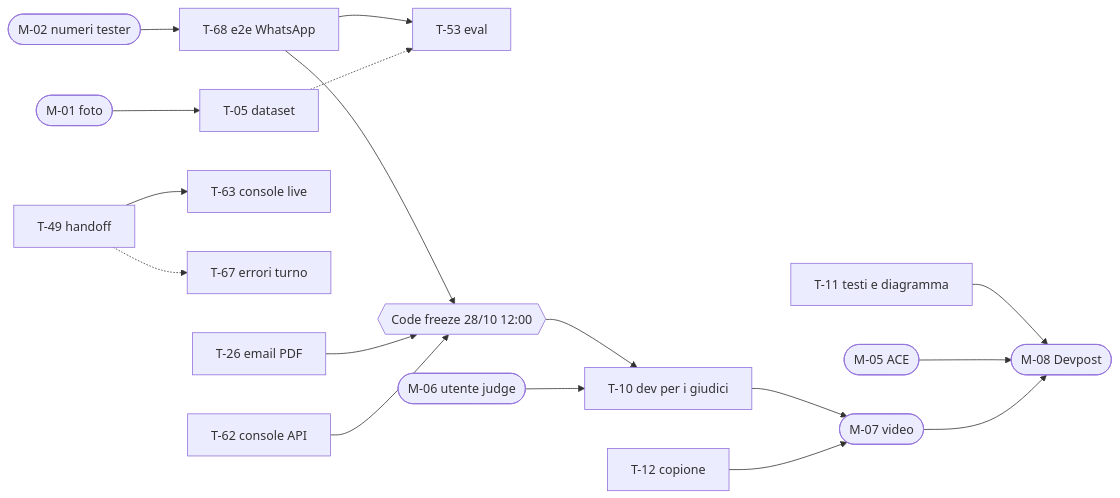
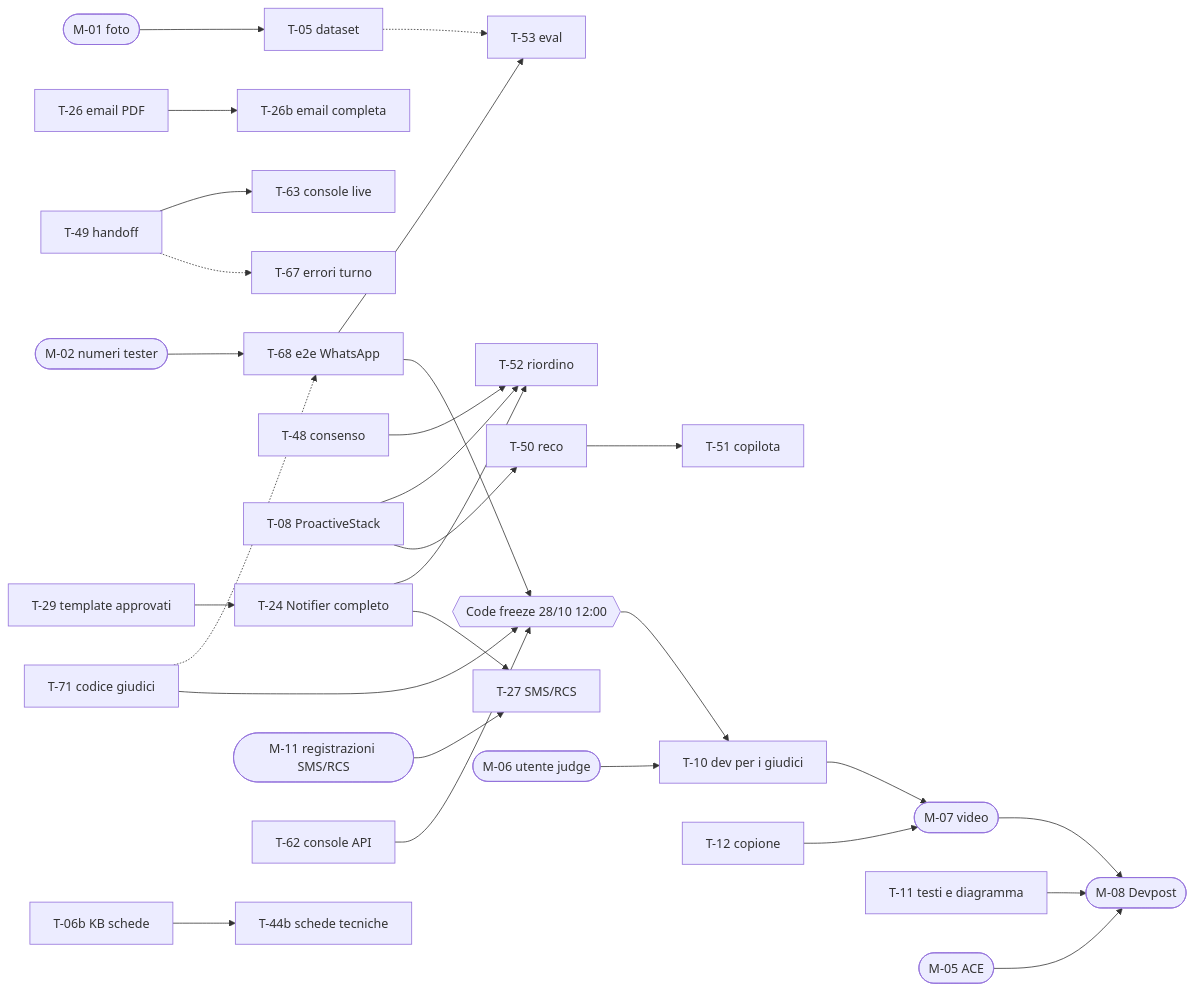
The diagram in START_HERE.md (besharpsrl/aws-cds-hackathon-2026-suppliagent), drawn with Mermaid before and after one commit. The commit also changed other lines of this file and 5 other files, not shown here.

First line of the commit message:
docs: backlog by user flow, judge onboarding task, analytics removed

````diff
--- a/START_HERE.md
+++ b/START_HERE.md
@@ -117,19 +124,28 @@
 ```mermaid
 flowchart LR
-  T68[T-68 e2e WhatsApp] --> T53[T-53 eval]
-  T05[T-05 dataset] -.-> T53
-  M01([M-01 foto]) --> T05
-  M02([M-02 numeri tester]) --> T68
+  M02([M-02 numeri tester]) --> T68[T-68 e2e WhatsApp]
+  T71[T-71 codice giudici] -.-> T68
+  T68 --> T53[T-53 eval]
+  M01([M-01 foto]) --> T05[T-05 dataset] -.-> T53
+  T26[T-26 email PDF] --> T26b[T-26b email completa]
   T49[T-49 handoff] --> T63[T-63 console live]
   T49 -.-> T67[T-67 errori turno]
+  T48[T-48 consenso] --> T52
+  T08[T-08 ProactiveStack] --> T52[T-52 riordino]
+  T24[T-24 Notifier completo] --> T52
+  T29[T-29 template approvati] --> T24
+  T08 --> T50[T-50 reco] --> T51[T-51 copilota]
+  T06b[T-06b KB schede] --> T44b[T-44b schede tecniche]
+  M11([M-11 registrazioni SMS/RCS]) --> T27[T-27 SMS/RCS]
+  T24 --> T27
   T68 --> FZ{{Code freeze 28/10 12:00}}
-  T26[T-26 email PDF] --> FZ
   T62[T-62 console API] --> FZ
+  T71 --> FZ
   FZ --> T10[T-10 dev per i giudici]
   M06([M-06 utente judge]) --> T10
   T10 --> M07([M-07 video])
   T12[T-12 copione] --> M07
   T11[T-11 testi e diagramma] --> M08([M-08 Devpost])
   M05([M-05 ACE]) --> M08
   M07 --> M08
 ```
````
